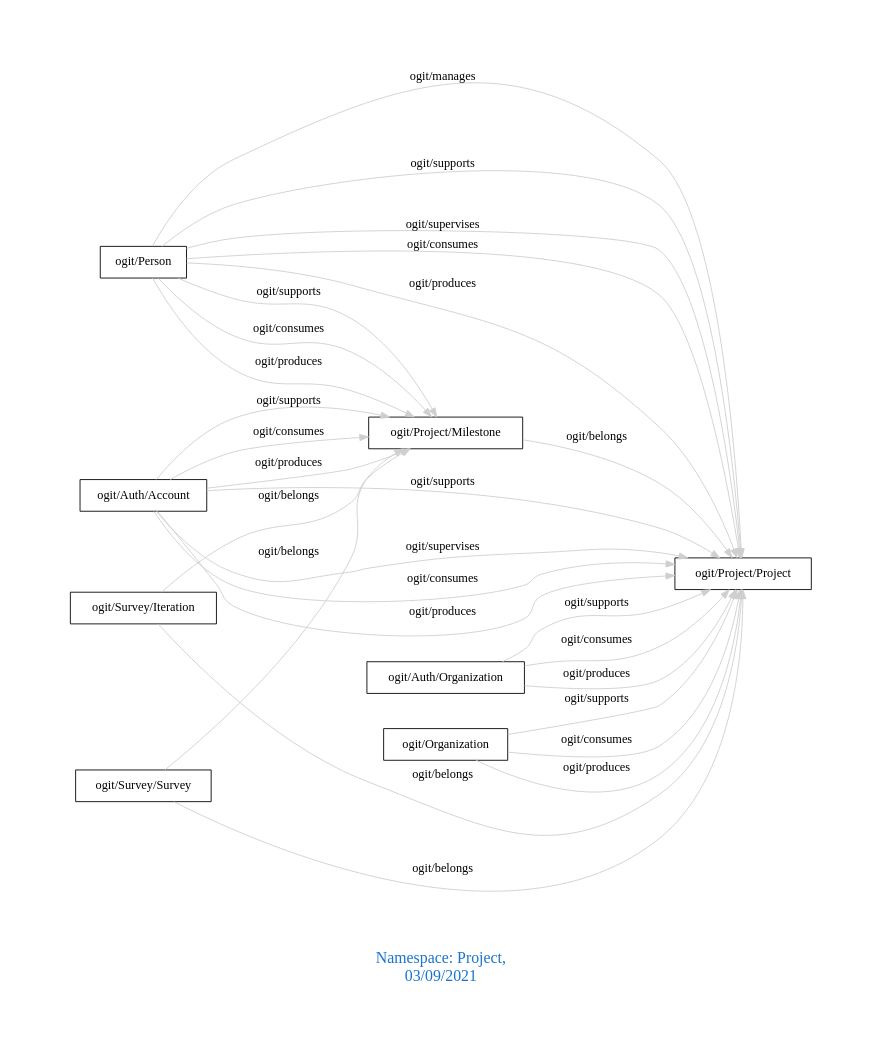
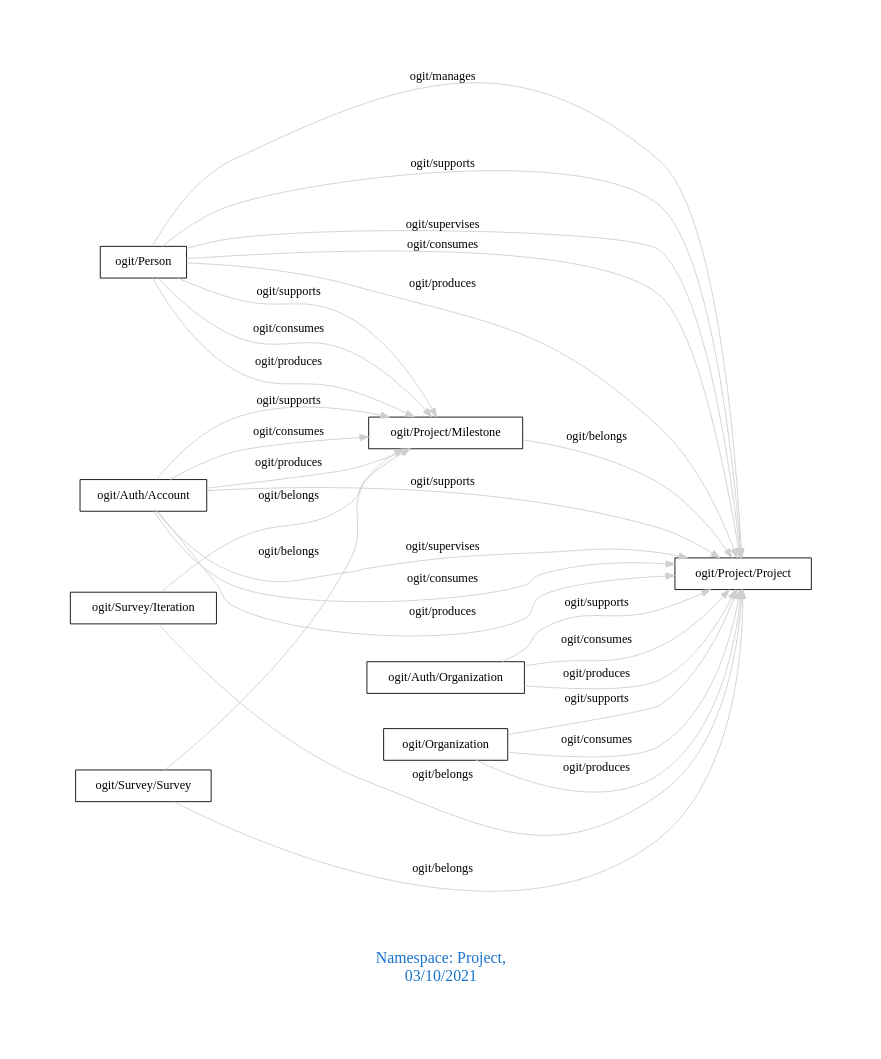
Before and after one commit to arago/OGIT: the diagram in downloads/Project.dot, drawn with Graphviz. The commit also changed 1850 other files, not shown here.

```diff
--- a/downloads/Project.dot
+++ b/downloads/Project.dot
@@ -1,34 +1,34 @@
 digraph OGIT_ontology {
  graph [ rankdir= LR,pad=1 
 fontsize = 18,
-fontcolor= dodgerblue3,label = "\n\n\nNamespace: Project, \n 03/09/2021"];
+fontcolor= dodgerblue3,label = "\n\n\nNamespace: Project, \n 03/10/2021"];
 node[shape=polygon];
 edge [  color="gray81"];
 
    "ogit/Person" -> "ogit/Project/Project" [label="   ogit/manages    "];
    "ogit/Auth/Account" -> "ogit/Project/Milestone" [label="   ogit/supports    "];
    "ogit/Auth/Account" -> "ogit/Project/Project" [label="   ogit/supports    "];
    "ogit/Auth/Organization" -> "ogit/Project/Project" [label="   ogit/supports    "];
    "ogit/Organization" -> "ogit/Project/Project" [label="   ogit/supports    "];
    "ogit/Person" -> "ogit/Project/Milestone" [label="   ogit/supports    "];
    "ogit/Person" -> "ogit/Project/Project" [label="   ogit/supports    "];
    "ogit/Auth/Account" -> "ogit/Project/Project" [label="   ogit/supervises    "];
    "ogit/Person" -> "ogit/Project/Project" [label="   ogit/supervises    "];
    "ogit/Auth/Account" -> "ogit/Project/Milestone" [label="   ogit/consumes    "];
    "ogit/Auth/Account" -> "ogit/Project/Project" [label="   ogit/consumes    "];
    "ogit/Auth/Organization" -> "ogit/Project/Project" [label="   ogit/consumes    "];
    "ogit/Organization" -> "ogit/Project/Project" [label="   ogit/consumes    "];
    "ogit/Person" -> "ogit/Project/Milestone" [label="   ogit/consumes    "];
    "ogit/Person" -> "ogit/Project/Project" [label="   ogit/consumes    "];
    "ogit/Auth/Account" -> "ogit/Project/Milestone" [label="   ogit/produces    "];
    "ogit/Auth/Account" -> "ogit/Project/Project" [label="   ogit/produces    "];
    "ogit/Auth/Organization" -> "ogit/Project/Project" [label="   ogit/produces    "];
    "ogit/Organization" -> "ogit/Project/Project" [label="   ogit/produces    "];
    "ogit/Person" -> "ogit/Project/Milestone" [label="   ogit/produces    "];
    "ogit/Person" -> "ogit/Project/Project" [label="   ogit/produces    "];
    "ogit/Project/Milestone" -> "ogit/Project/Project" [label="   ogit/belongs    "];
    "ogit/Survey/Iteration" -> "ogit/Project/Milestone" [label="   ogit/belongs    "];
    "ogit/Survey/Iteration" -> "ogit/Project/Project" [label="   ogit/belongs    "];
    "ogit/Survey/Survey" -> "ogit/Project/Milestone" [label="   ogit/belongs    "];
    "ogit/Survey/Survey" -> "ogit/Project/Project" [label="   ogit/belongs    "];
 }
```
